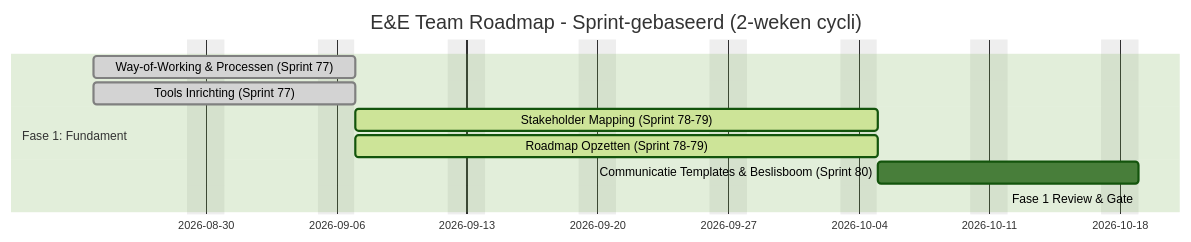
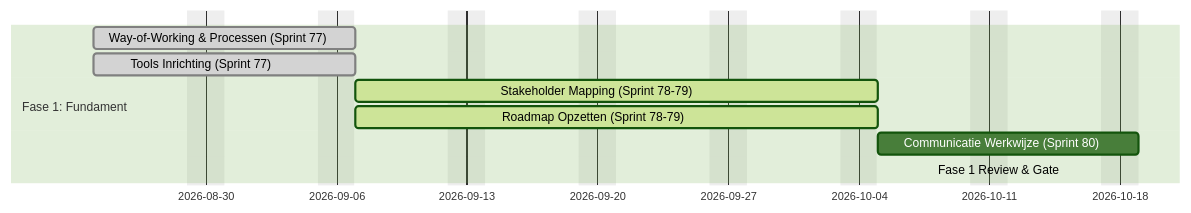
One commit to hbosscha-personal/enablement-engagement-roadmap changed the second of 6 diagrams in ROADMAP.md. Above: the diagram before and after it, drawn with Mermaid (forest theme). The commit also changed other lines of this file, not shown here.

First line of the commit message:
Revise E&E Team Roadmap for clarity and updates

````diff
--- a/ROADMAP.md
+++ b/ROADMAP.md
@@ -60,15 +61,16 @@
 ```mermaid
 gantt
-    title E&E Team Roadmap - Sprint-gebaseerd (2-weken cycli)
-    dateFormat YYYY-MM-DD
-    excludes    weekends
-    
-    section Fase 1: Fundament
-    Way-of-Working & Processen (Sprint 77)    :done,      p1_wow,    2026-08-24, 2026-09-07
-    Tools Inrichting (Sprint 77)               :done,      p1_tools,  2026-08-24, 2026-09-07
-    Stakeholder Mapping (Sprint 78-79)            :active,    p1_stake,  2026-09-07, 2026-10-05
-    Roadmap Opzetten (Sprint 78-79)               :active,    p1_road,   2026-09-07, 2026-10-05
-    Communicatie Templates & Beslisboom (Sprint 80)    :p1_comm,   2026-10-05, 2026-10-19
-    Fase 1 Review & Gate                       :crit,      p1_gate,   2026-10-19, 2026-10-19
-    
+    dateFormat YYYY-MM-DD
+    excludes    weekends
+    weekend saturday
+    todayMarker stroke-width:3px,stroke:#0f0,opacity:0.5
+    
+    section Fase 1: Fundament
+    Way-of-Working & Processen (Sprint 77)    :done,      p1_wow,    2026-08-24, 2026-09-07
+    Tools Inrichting (Sprint 77)               :done,      p1_tools,  2026-08-24, 2026-09-07
+    Stakeholder Mapping (Sprint 78-79)            :active,    p1_stake,  2026-09-07, 2026-10-05
+    Roadmap Opzetten (Sprint 78-79)               :active,    p1_road,   2026-09-07, 2026-10-05
+    Communicatie Werkwijze (Sprint 80)    :p1_comm,   2026-10-05, 2026-10-19
+    Fase 1 Review & Gate                       :crit,      p1_gate,   2026-10-19, 2026-10-19
+    
 ```
````
